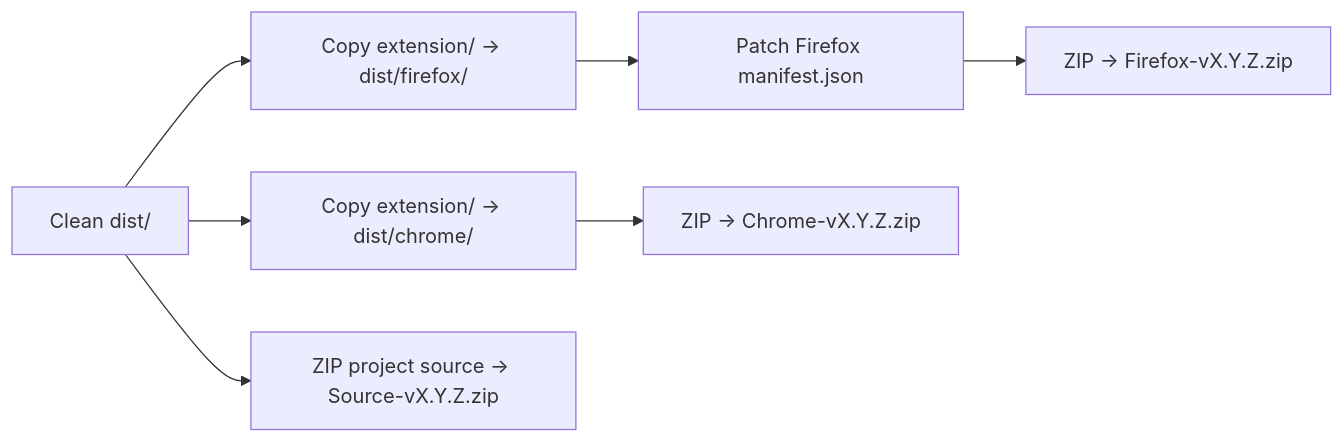
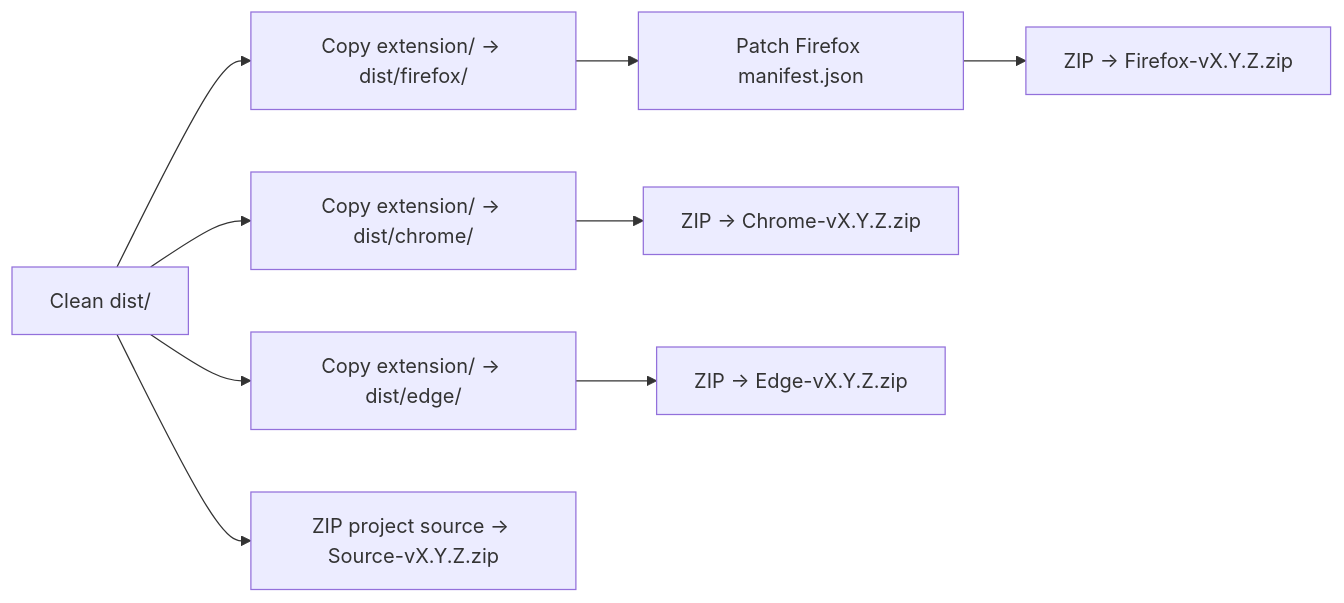
Before and after one commit to unmukta/UbiquiShield: the fourth of 14 diagrams in ARCHITECTURE.md, drawn with Mermaid. The commit also changed other lines of this file and 2 other files, not shown here.

````diff
--- a/ARCHITECTURE.md
+++ b/ARCHITECTURE.md
@@ -596,9 +596,11 @@
 ```mermaid
 flowchart LR
     A["Clean dist/"] --> B["Copy extension/ → dist/chrome/"]
+    A --> E["Copy extension/ → dist/edge/"]
     A --> C["Copy extension/ → dist/firefox/"]
     C --> D["Patch Firefox manifest.json"]
-    B --> E["ZIP → Chrome-vX.Y.Z.zip"]
-    D --> F["ZIP → Firefox-vX.Y.Z.zip"]
-    A --> G["ZIP project source → Source-vX.Y.Z.zip"]
+    B --> F["ZIP → Chrome-vX.Y.Z.zip"]
+    E --> G["ZIP → Edge-vX.Y.Z.zip"]
+    D --> H["ZIP → Firefox-vX.Y.Z.zip"]
+    A --> I["ZIP project source → Source-vX.Y.Z.zip"]
 ```
````
